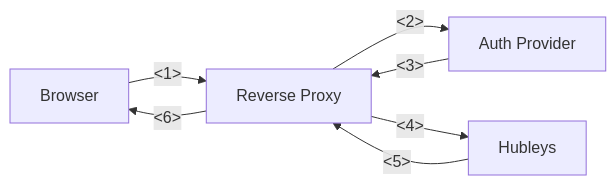
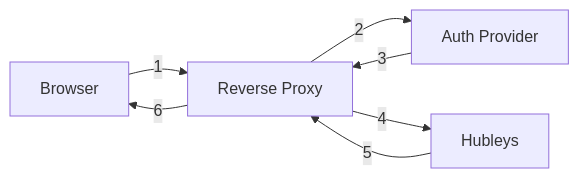
The diagram in README.md (knrdl/hubleys-dashboard), drawn with Mermaid before and after one commit.

````diff
--- a/README.md
+++ b/README.md
@@ -82,13 +82,13 @@
 ```mermaid
 graph LR
 client[Browser]
 proxy[Reverse Proxy]
 idp[Auth Provider]
 app[Hubleys]
-client --<1>--> proxy
-proxy --<2>--> idp
-idp --<3>--> proxy
-proxy --<4>--> app
-app --<5>--> proxy
-proxy --<6>--> client
+client --1--> proxy
+proxy --2--> idp
+idp --3--> proxy
+proxy --4--> app
+app --5--> proxy
+proxy --6--> client
 ```
````
